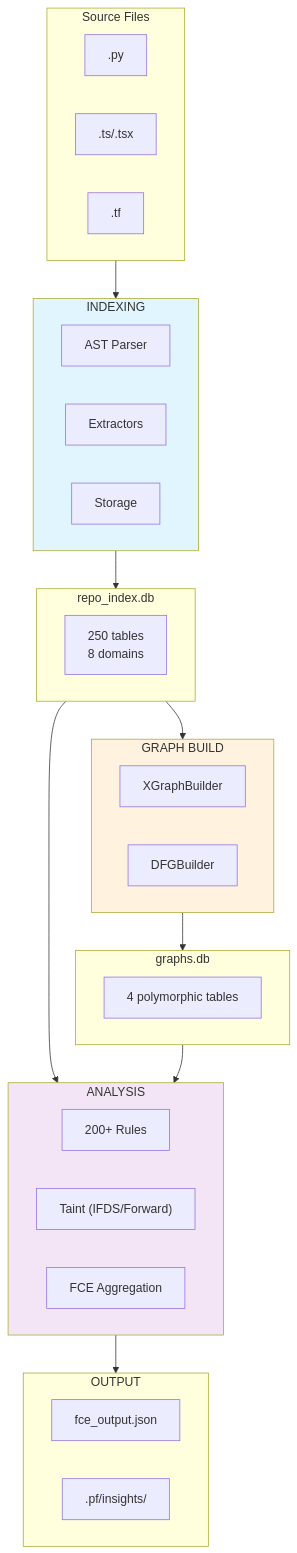
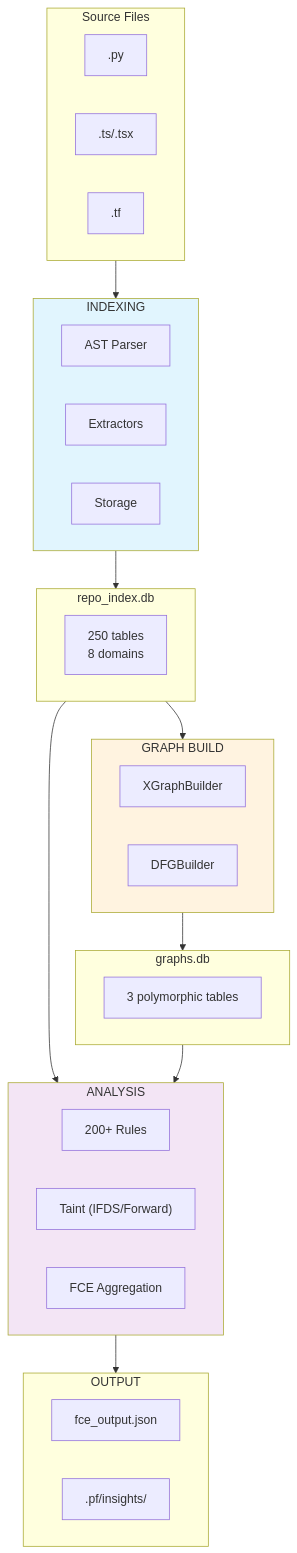
One commit to TheAuditorTool/Auditor changed diagram 19 of 19 in System_flows.md. Above: the diagram before and after it, drawn with Mermaid. The commit also changed other lines of this file and 5 other files, not shown here.

````diff
--- a/System_flows.md
+++ b/System_flows.md
@@ -818,50 +820,50 @@
 ```mermaid
 flowchart TB
     subgraph Files["Source Files"]
         PY[".py"]
         TS[".ts/.tsx"]
         TF[".tf"]
     end
 
     subgraph Phase1["INDEXING"]
         AST["AST Parser"]
         EXT["Extractors"]
         STORE["Storage"]
     end
 
     subgraph DB1["repo_index.db"]
         TABLES["250 tables<br/>8 domains"]
     end
 
     subgraph Phase2["GRAPH BUILD"]
         BUILD["XGraphBuilder"]
         DFG["DFGBuilder"]
     end
 
     subgraph DB2["graphs.db"]
-        GRAPH["4 polymorphic tables"]
+        GRAPH["3 polymorphic tables"]
     end
 
     subgraph Phase3["ANALYSIS"]
         RULES["200+ Rules"]
         TAINT["Taint (IFDS/Forward)"]
         FCE["FCE Aggregation"]
     end
 
     subgraph Output["OUTPUT"]
         JSON["fce_output.json"]
         INSIGHTS[".pf/insights/"]
     end
 
     Files --> Phase1
     Phase1 --> DB1
     DB1 --> Phase2
     Phase2 --> DB2
     DB1 --> Phase3
     DB2 --> Phase3
     Phase3 --> Output
 
     style Phase1 fill:#e1f5fe
     style Phase2 fill:#fff3e0
     style Phase3 fill:#f3e5f5
 ```
````
